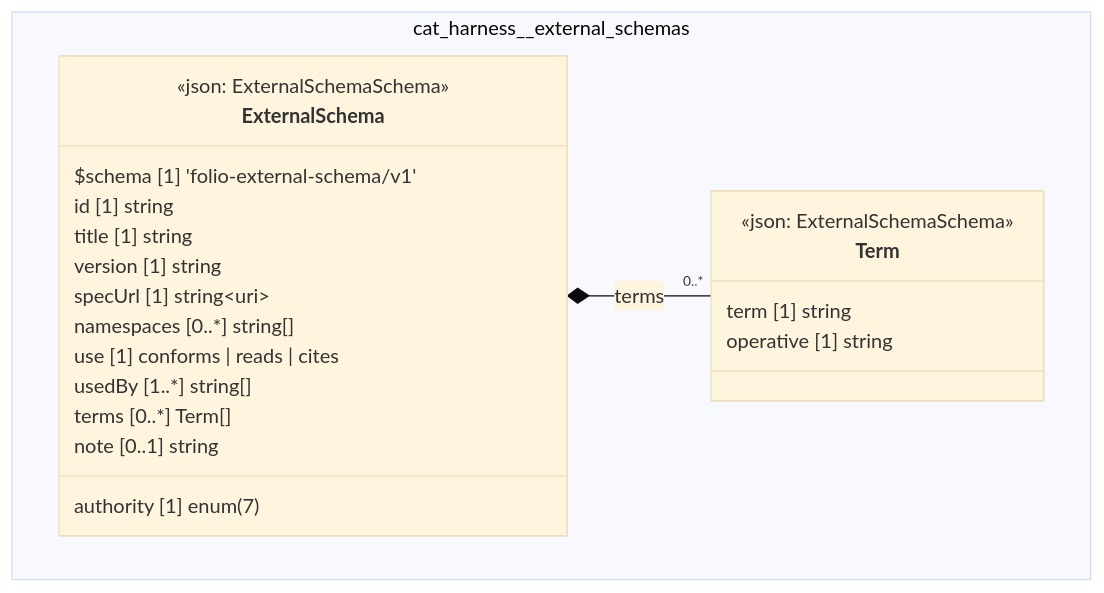
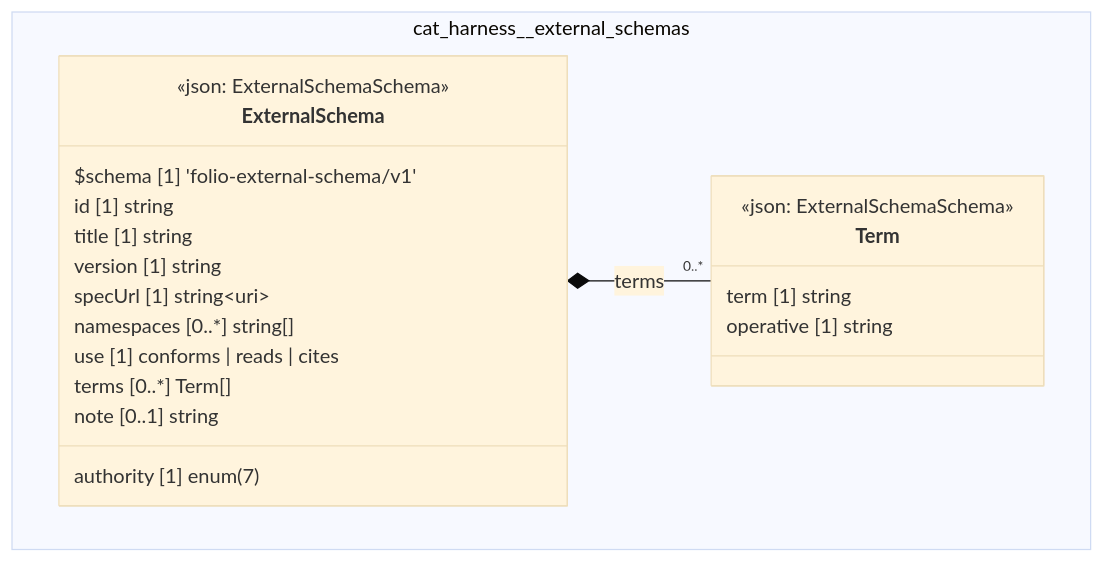
The diagram in cat-harness/docs/uml/overview/cat-harness/external-schemas.md (litlfred/folio-assistant), drawn with Mermaid (base theme) before and after one commit. The commit also changed 54 other files, not shown here.

````diff
--- a/cat-harness/docs/uml/overview/cat-harness/external-schemas.md
+++ b/cat-harness/docs/uml/overview/cat-harness/external-schemas.md
@@ -41,28 +41,27 @@
 ```mermaid
 classDiagram
   direction TB
   namespace cat_harness__external_schemas {
     class cat_harness_external_schemas_Term["Term"] {
       <<json: ExternalSchemaSchema>>
       term [1] string
       operative [1] string
     }
     class cat_harness_external_schemas_ExternalSchema["ExternalSchema"] {
       <<json: ExternalSchemaSchema>>
       $schema [1] 'folio-external-schema/v1'
       id [1] string
       authority [1] enum(7)
       title [1] string
       version [1] string
       specUrl [1] string~uri~
       namespaces [0..*] string[]
       use [1] conforms | reads | cites
-      usedBy [1..*] string[]
       terms [0..*] Term[]
       note [0..1] string
     }
   }
   cat_harness_external_schemas_ExternalSchema *-- "0..*" cat_harness_external_schemas_Term : terms
   cssClass "cat_harness_external_schemas_Term" fa_uml_kind_external_schema
   cssClass "cat_harness_external_schemas_ExternalSchema" fa_uml_kind_external_schema
 ```
````
